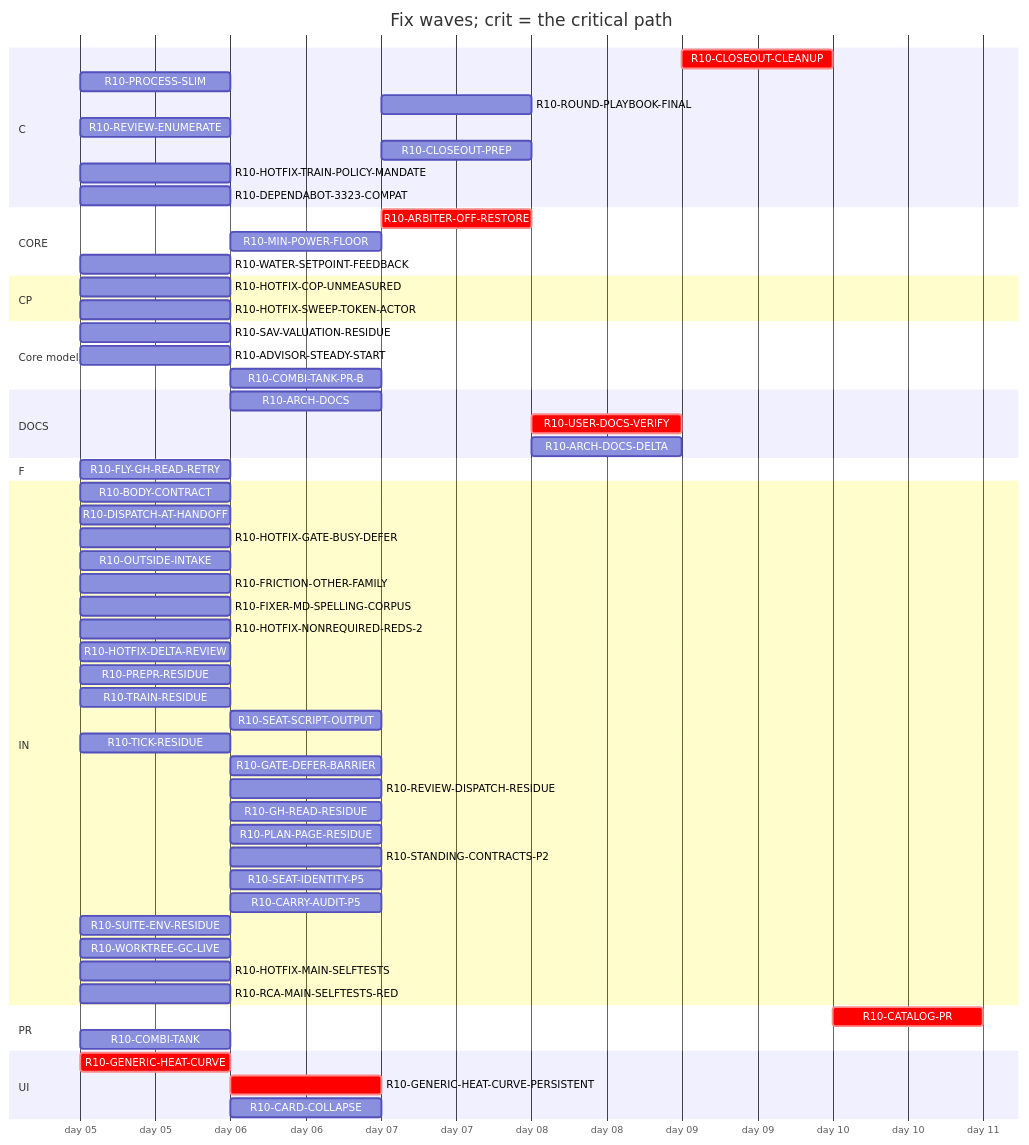
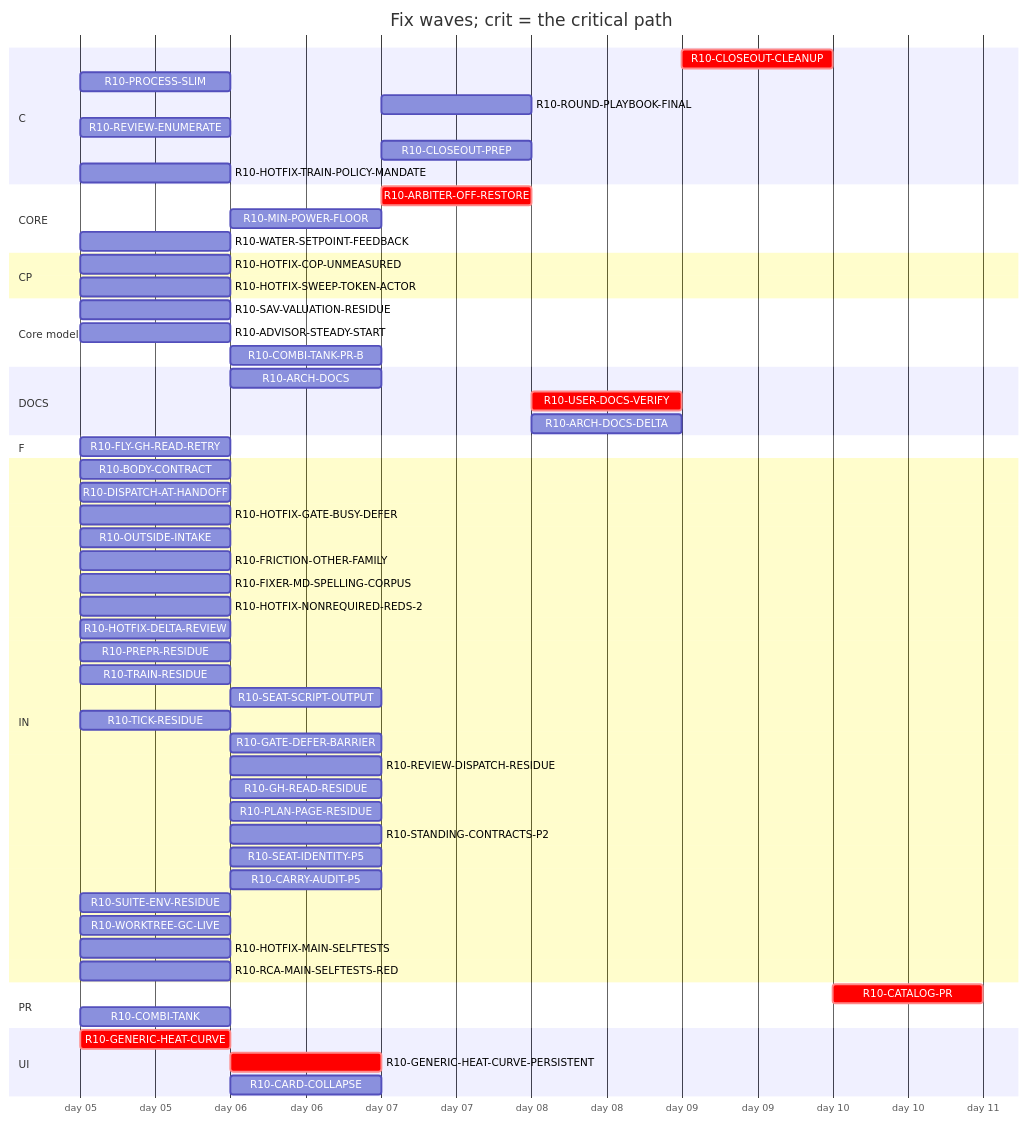
One commit to tvofi/heatpump_optimizer changed the diagram in handoff/round10/state/PLAN-TABLE.md. Above: the diagram before and after it, drawn with Mermaid. The commit also changed other lines of this file and 3 other files, not shown here.

Commit message:
state: FLOW-BOARD.md, NEXT-SESSION-PROMPT.md, PLAN-TABLE.md, RESUME-CURRENT.md regenerated (state_docs.py)

````diff
--- a/handoff/round10/state/PLAN-TABLE.md
+++ b/handoff/round10/state/PLAN-TABLE.md
@@ -22,62 +22,61 @@
 ```mermaid
 gantt
   title Fix waves; crit = the critical path
   dateFormat YYYY-MM-DD
   axisFormat day %d
   section C
     R10-CLOSEOUT-CLEANUP :crit, r10CLOSEOUTCLEANUP, after r10ARCHDOCS r10USERDOCSVERIFY r10ROUNDPLAYBOOKFINAL r10FRICTIONOTHERFAMILY r10CLOSEOUTPREP r10ARCHDOCSDELTA, 1d
     R10-PROCESS-SLIM :r10PROCESSSLIM, 2026-01-05, 1d
     R10-ROUND-PLAYBOOK-FINAL :r10ROUNDPLAYBOOKFINAL, after r10DISPATCHATHANDOFF r10BODYCONTRACT r10FLYGHREADRETRY r10PROCESSSLIM r10OUTSIDEINTAKE r10FRICTIONOTHERFAMILY r10FIXERMDSPELLINGCORPUS r10PREPRRESIDUE r10SEATSCRIPTOUTPUT r10REVIEWDISPATCHRESIDUE r10CARRYAUDITP5 r10TICKRESIDUE r10SEATIDENTITYP5 r10STANDINGCONTRACTSP2 r10PLANPAGERESIDUE r10TRAINRESIDUE r10GHREADRESIDUE r10SUITEENVRESIDUE r10GATEDEFERBARRIER r10WORKTREEGCLIVE, 1d
     R10-REVIEW-ENUMERATE :r10REVIEWENUMERATE, 2026-01-05, 1d
     R10-CLOSEOUT-PREP :r10CLOSEOUTPREP, after r10ARCHDOCS r10DISPATCHATHANDOFF r10BODYCONTRACT r10FLYGHREADRETRY r10PROCESSSLIM r10OUTSIDEINTAKE r10FRICTIONOTHERFAMILY r10FIXERMDSPELLINGCORPUS r10PREPRRESIDUE r10SEATSCRIPTOUTPUT r10REVIEWDISPATCHRESIDUE r10CARRYAUDITP5 r10TICKRESIDUE r10SEATIDENTITYP5 r10STANDINGCONTRACTSP2 r10PLANPAGERESIDUE r10TRAINRESIDUE r10GHREADRESIDUE r10SUITEENVRESIDUE r10GATEDEFERBARRIER r10WORKTREEGCLIVE, 1d
     R10-HOTFIX-TRAIN-POLICY-MANDATE :r10HOTFIXTRAINPOLICYMANDATE, 2026-01-05, 1d
-    R10-DEPENDABOT-3323-COMPAT :r10DEPENDABOT3323COMPAT, 2026-01-05, 1d
   section CORE
     R10-ARBITER-OFF-RESTORE :crit, r10ARBITEROFFRESTORE, after r10GENERICHEATCURVE r10GENERICHEATCURVEPERSISTENT r10WATERSETPOINTFEEDBACK, 1d
     R10-MIN-POWER-FLOOR :r10MINPOWERFLOOR, after r10HOTFIXCOPUNMEASURED r10GENERICHEATCURVE, 1d
     R10-WATER-SETPOINT-FEEDBACK :r10WATERSETPOINTFEEDBACK, 2026-01-05, 1d
   section CP
     R10-HOTFIX-COP-UNMEASURED :r10HOTFIXCOPUNMEASURED, 2026-01-05, 1d
     R10-HOTFIX-SWEEP-TOKEN-ACTOR :r10HOTFIXSWEEPTOKENACTOR, 2026-01-05, 1d
   section Core model
     R10-SAV-VALUATION-RESIDUE :r10SAVVALUATIONRESIDUE, 2026-01-05, 1d
     R10-ADVISOR-STEADY-START :r10ADVISORSTEADYSTART, 2026-01-05, 1d
     R10-COMBI-TANK-PR-B :r10COMBITANKPRB, after r10COMBITANK, 1d
   section DOCS
     R10-ARCH-DOCS :r10ARCHDOCS, after r10DISPATCHATHANDOFF r10BODYCONTRACT r10FLYGHREADRETRY r10PROCESSSLIM r10OUTSIDEINTAKE r10FRICTIONOTHERFAMILY, 1d
     R10-USER-DOCS-VERIFY :crit, r10USERDOCSVERIFY, after r10HOTFIXCOPUNMEASURED r10GENERICHEATCURVE r10GENERICHEATCURVEPERSISTENT r10ARBITEROFFRESTORE r10COMBITANK r10MINPOWERFLOOR, 1d
     R10-ARCH-DOCS-DELTA :r10ARCHDOCSDELTA, after r10ARCHDOCS r10HOTFIXCOPUNMEASURED r10GENERICHEATCURVE r10GENERICHEATCURVEPERSISTENT r10ARBITEROFFRESTORE r10COMBITANK r10MINPOWERFLOOR r10SAVVALUATIONRESIDUE r10ADVISORSTEADYSTART r10COMBITANKPRB, 1d
   section F
     R10-FLY-GH-READ-RETRY :r10FLYGHREADRETRY, 2026-01-05, 1d
   section IN
     R10-BODY-CONTRACT :r10BODYCONTRACT, 2026-01-05, 1d
     R10-DISPATCH-AT-HANDOFF :r10DISPATCHATHANDOFF, 2026-01-05, 1d
     R10-HOTFIX-GATE-BUSY-DEFER :r10HOTFIXGATEBUSYDEFER, 2026-01-05, 1d
     R10-OUTSIDE-INTAKE :r10OUTSIDEINTAKE, 2026-01-05, 1d
     R10-FRICTION-OTHER-FAMILY :r10FRICTIONOTHERFAMILY, 2026-01-05, 1d
     R10-FIXER-MD-SPELLING-CORPUS :r10FIXERMDSPELLINGCORPUS, 2026-01-05, 1d
     R10-HOTFIX-NONREQUIRED-REDS-2 :r10HOTFIXNONREQUIREDREDS2, 2026-01-05, 1d
     R10-HOTFIX-DELTA-REVIEW :r10HOTFIXDELTAREVIEW, 2026-01-05, 1d
     R10-PREPR-RESIDUE :r10PREPRRESIDUE, 2026-01-05, 1d
     R10-TRAIN-RESIDUE :r10TRAINRESIDUE, 2026-01-05, 1d
     R10-SEAT-SCRIPT-OUTPUT :r10SEATSCRIPTOUTPUT, after r10TRAINRESIDUE, 1d
     R10-TICK-RESIDUE :r10TICKRESIDUE, 2026-01-05, 1d
     R10-GATE-DEFER-BARRIER :r10GATEDEFERBARRIER, after r10TRAINRESIDUE r10TICKRESIDUE, 1d
     R10-REVIEW-DISPATCH-RESIDUE :r10REVIEWDISPATCHRESIDUE, after r10DISPATCHATHANDOFF r10REVIEWENUMERATE r10HOTFIXDELTAREVIEW r10PROCESSSLIM, 1d
     R10-GH-READ-RESIDUE :r10GHREADRESIDUE, after r10FLYGHREADRETRY, 1d
     R10-PLAN-PAGE-RESIDUE :r10PLANPAGERESIDUE, after r10OUTSIDEINTAKE, 1d
     R10-STANDING-CONTRACTS-P2 :r10STANDINGCONTRACTSP2, after r10FIXERMDSPELLINGCORPUS, 1d
     R10-SEAT-IDENTITY-P5 :r10SEATIDENTITYP5, after r10TICKRESIDUE, 1d
     R10-CARRY-AUDIT-P5 :r10CARRYAUDITP5, after r10BODYCONTRACT, 1d
     R10-SUITE-ENV-RESIDUE :r10SUITEENVRESIDUE, 2026-01-05, 1d
     R10-WORKTREE-GC-LIVE :r10WORKTREEGCLIVE, 2026-01-05, 1d
     R10-HOTFIX-MAIN-SELFTESTS :r10HOTFIXMAINSELFTESTS, 2026-01-05, 1d
     R10-RCA-MAIN-SELFTESTS-RED :r10RCAMAINSELFTESTSRED, 2026-01-05, 1d
   section PR
     R10-CATALOG-PR :crit, r10CATALOGPR, after r10USERDOCSVERIFY r10ARCHDOCS r10ROUNDPLAYBOOKFINAL r10CLOSEOUTCLEANUP r10CLOSEOUTPREP r10ARCHDOCSDELTA, 1d
     R10-COMBI-TANK :r10COMBITANK, 2026-01-05, 1d
   section UI
     R10-GENERIC-HEAT-CURVE :crit, r10GENERICHEATCURVE, 2026-01-05, 1d
     R10-GENERIC-HEAT-CURVE-PERSISTENT :crit, r10GENERICHEATCURVEPERSISTENT, after r10GENERICHEATCURVE, 1d
     R10-CARD-COLLAPSE :r10CARDCOLLAPSE, after r10HOTFIXCOPUNMEASURED, 1d
 ```
````
